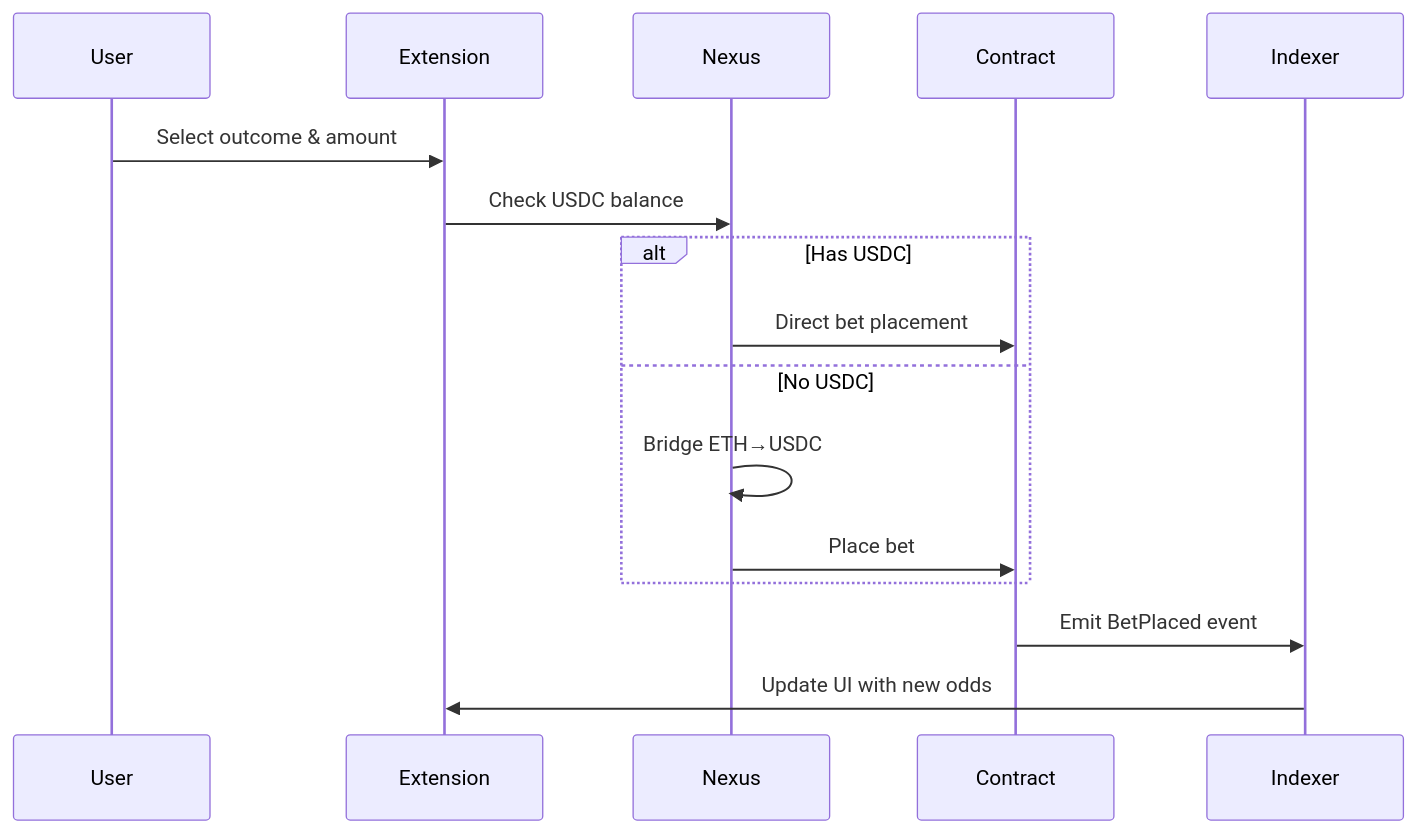
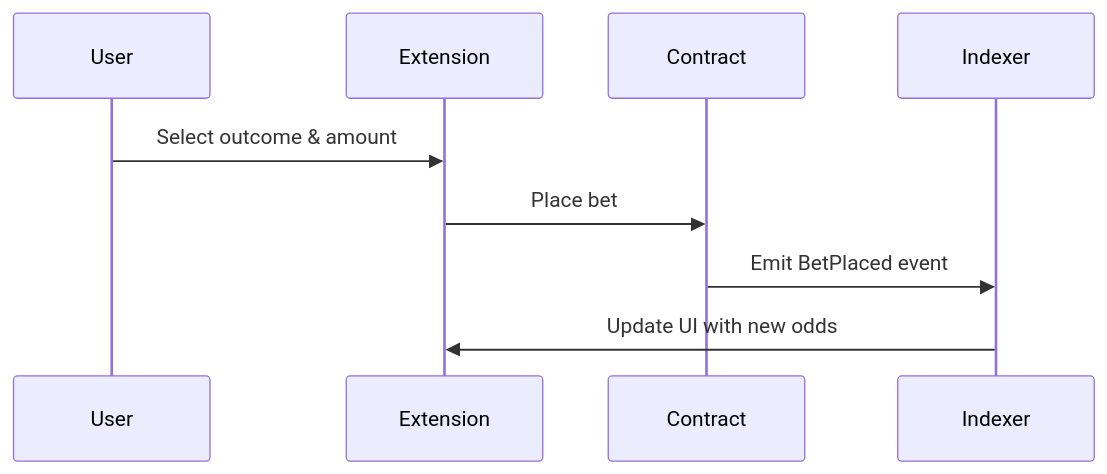
One commit to Aman035/POP changed the third of 4 diagrams in README.md. Above: the diagram before and after it, drawn with Mermaid. The commit also changed other lines of this file and 52 other files, not shown here.

````diff
--- a/README.md
+++ b/README.md
@@ -190,19 +123,12 @@
 ```mermaid
 sequenceDiagram
     participant U as User
     participant E as Extension
-    participant N as Nexus
     participant C as Contract
     participant I as Indexer
 
     U->>E: Select outcome & amount
-    E->>N: Check USDC balance
-    alt Has USDC
-        N->>C: Direct bet placement
-    else No USDC
-        N->>N: Bridge ETH→USDC
-        N->>C: Place bet
-    end
+    E->>C: Place bet
     C->>I: Emit BetPlaced event
     I->>E: Update UI with new odds
 ```
````
